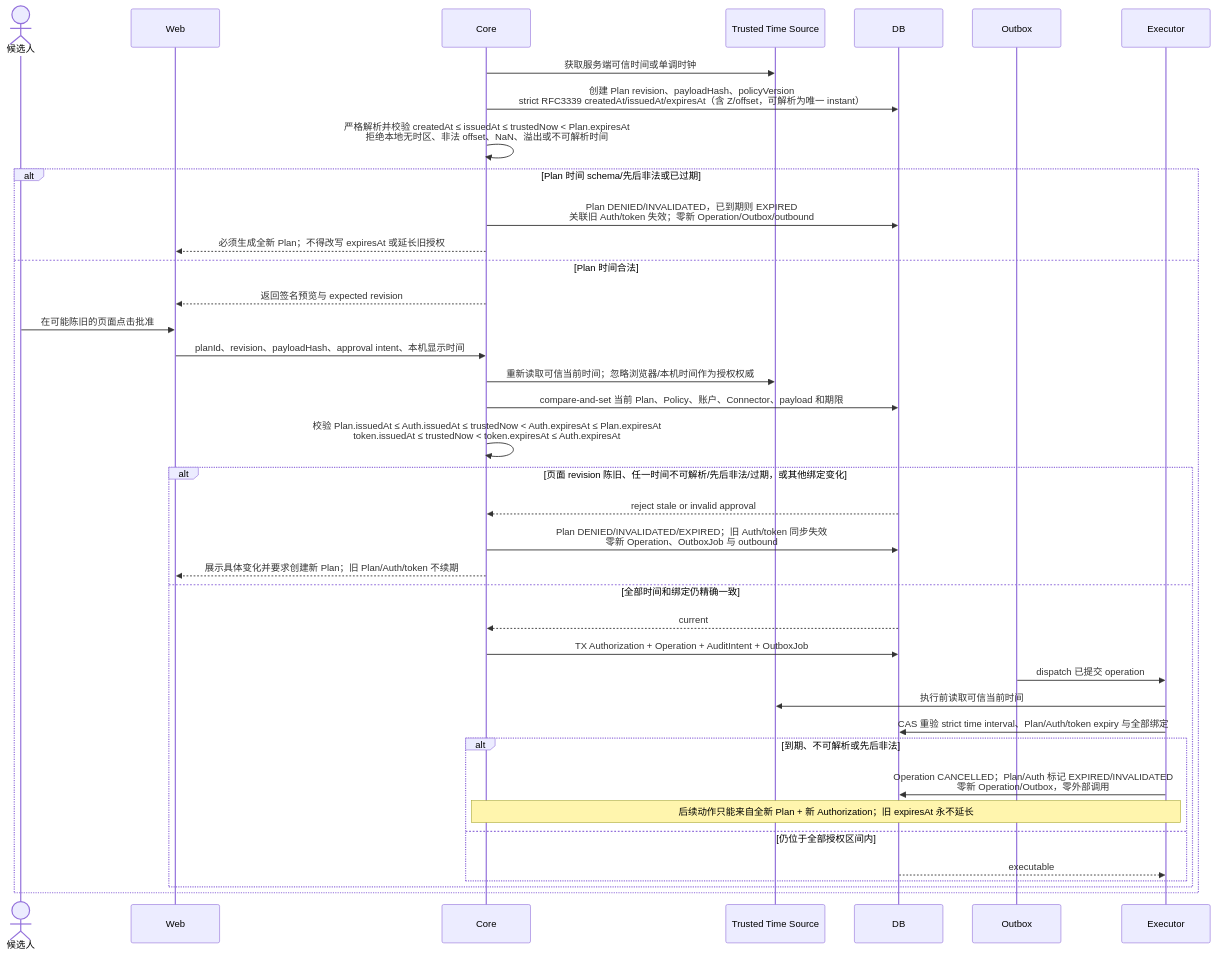
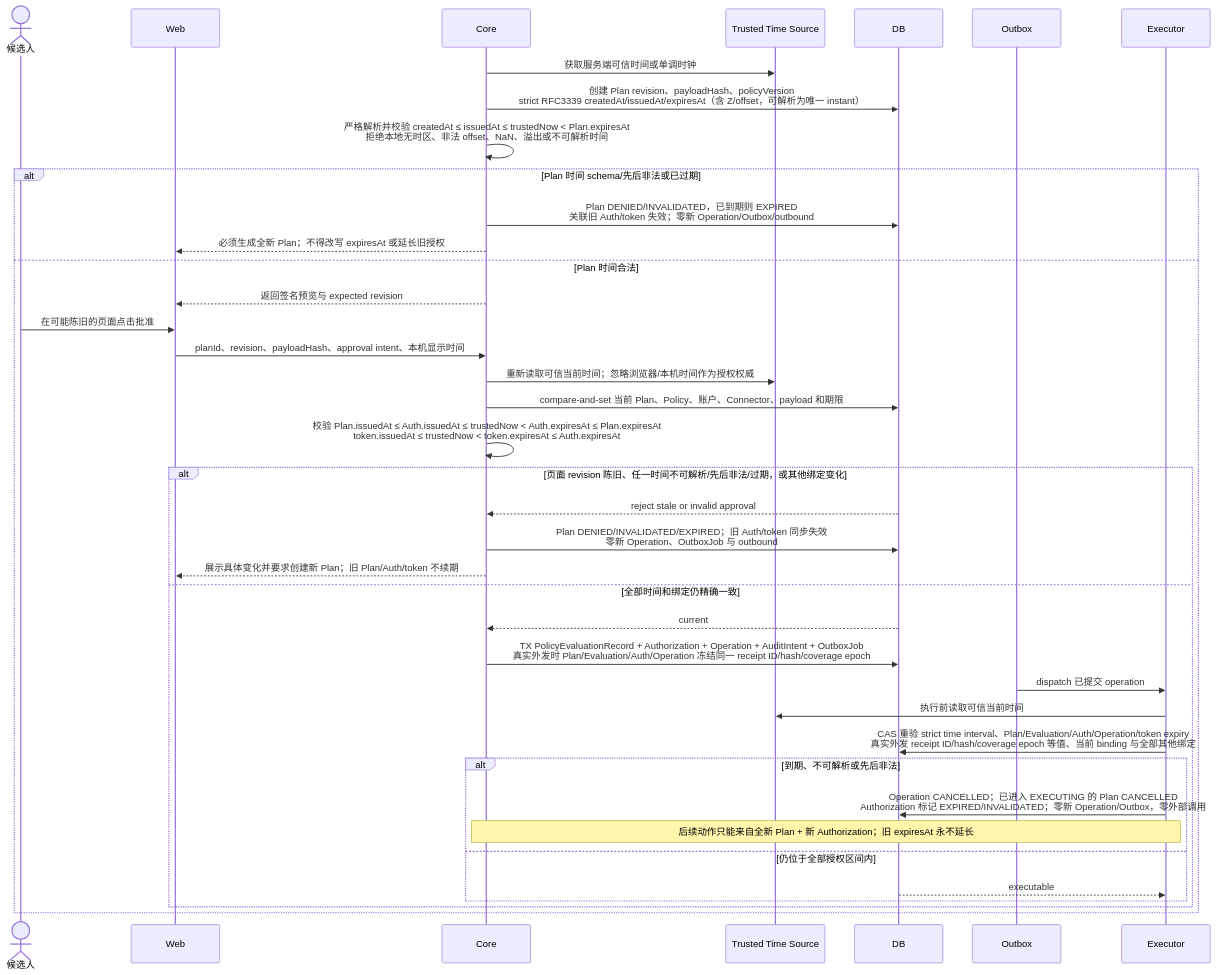
Before and after one commit to AnnCYW-cm/rolefox: the sixth of 24 diagrams in docs/product/uml/05-sequence-flows.md, drawn with Mermaid. The commit also changed other lines of this file and 103 other files, not shown here.

````diff
--- a/docs/product/uml/05-sequence-flows.md
+++ b/docs/product/uml/05-sequence-flows.md
@@ -325,44 +449,44 @@
 ```mermaid
 sequenceDiagram
     actor User as 候选人
     participant Web
     participant Core
     participant Clock as Trusted Time Source
     participant DB
     participant Outbox
     participant Executor
 
     Core->>Clock: 获取服务端可信时间或单调时钟
     Core->>DB: 创建 Plan revision、payloadHash、policyVersion<br/>strict RFC3339 createdAt/issuedAt/expiresAt（含 Z/offset，可解析为唯一 instant）
     %% @anchor AUTH_STRICT_TIME_INTERVAL
     Core->>Core: 严格解析并校验 createdAt ≤ issuedAt ≤ trustedNow < Plan.expiresAt<br/>拒绝本地无时区、非法 offset、NaN、溢出或不可解析时间
     alt Plan 时间 schema/先后非法或已过期
         Core->>DB: Plan DENIED/INVALIDATED，已到期则 EXPIRED<br/>关联旧 Auth/token 失效；零新 Operation/Outbox/outbound
         Core-->>Web: 必须生成全新 Plan；不得改写 expiresAt 或延长旧授权
     else Plan 时间合法
         Core-->>Web: 返回签名预览与 expected revision
         User->>Web: 在可能陈旧的页面点击批准
         Web->>Core: planId、revision、payloadHash、approval intent、本机显示时间
         %% @anchor STALE_UI_TRUSTED_TIME
         Core->>Clock: 重新读取可信当前时间；忽略浏览器/本机时间作为授权权威
         Core->>DB: compare-and-set 当前 Plan、Policy、账户、Connector、payload 和期限
         Core->>Core: 校验 Plan.issuedAt ≤ Auth.issuedAt ≤ trustedNow < Auth.expiresAt ≤ Plan.expiresAt<br/>token.issuedAt ≤ trustedNow < token.expiresAt ≤ Auth.expiresAt
         alt 页面 revision 陈旧、任一时间不可解析/先后非法/过期，或其他绑定变化
             DB-->>Core: reject stale or invalid approval
             Core->>DB: Plan DENIED/INVALIDATED/EXPIRED；旧 Auth/token 同步失效<br/>零新 Operation、OutboxJob 与 outbound
             Core-->>Web: 展示具体变化并要求创建新 Plan；旧 Plan/Auth/token 不续期
         else 全部时间和绑定仍精确一致
             DB-->>Core: current
-            Core->>DB: TX Authorization + Operation + AuditIntent + OutboxJob
+            Core->>DB: TX PolicyEvaluationRecord + Authorization + Operation + AuditIntent + OutboxJob<br/>真实外发时 Plan/Evaluation/Auth/Operation 冻结同一 receipt ID/hash/coverage epoch
             Outbox->>Executor: dispatch 已提交 operation
             Executor->>Clock: 执行前读取可信当前时间
-            Executor->>DB: CAS 重验 strict time interval、Plan/Auth/token expiry 与全部绑定
+            Executor->>DB: CAS 重验 strict time interval、Plan/Evaluation/Auth/Operation/token expiry<br/>真实外发 receipt ID/hash/coverage epoch 等值、当前 binding 与全部其他绑定
             alt 到期、不可解析或先后非法
-                Executor->>DB: Operation CANCELLED；Plan/Auth 标记 EXPIRED/INVALIDATED<br/>零新 Operation/Outbox，零外部调用
+                Executor->>DB: Operation CANCELLED；已进入 EXECUTING 的 Plan CANCELLED<br/>Authorization 标记 EXPIRED/INVALIDATED；零新 Operation/Outbox，零外部调用
                 Note over Executor,Core: 后续动作只能来自全新 Plan + 新 Authorization；旧 expiresAt 永不延长
             else 仍位于全部授权区间内
                 DB-->>Executor: executable
             end
         end
     end
 ```
````
